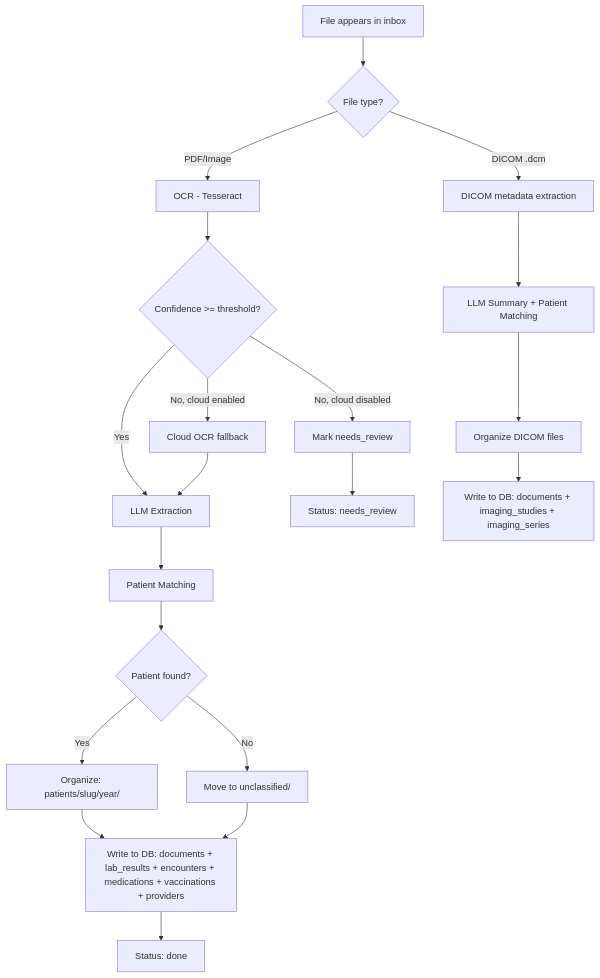
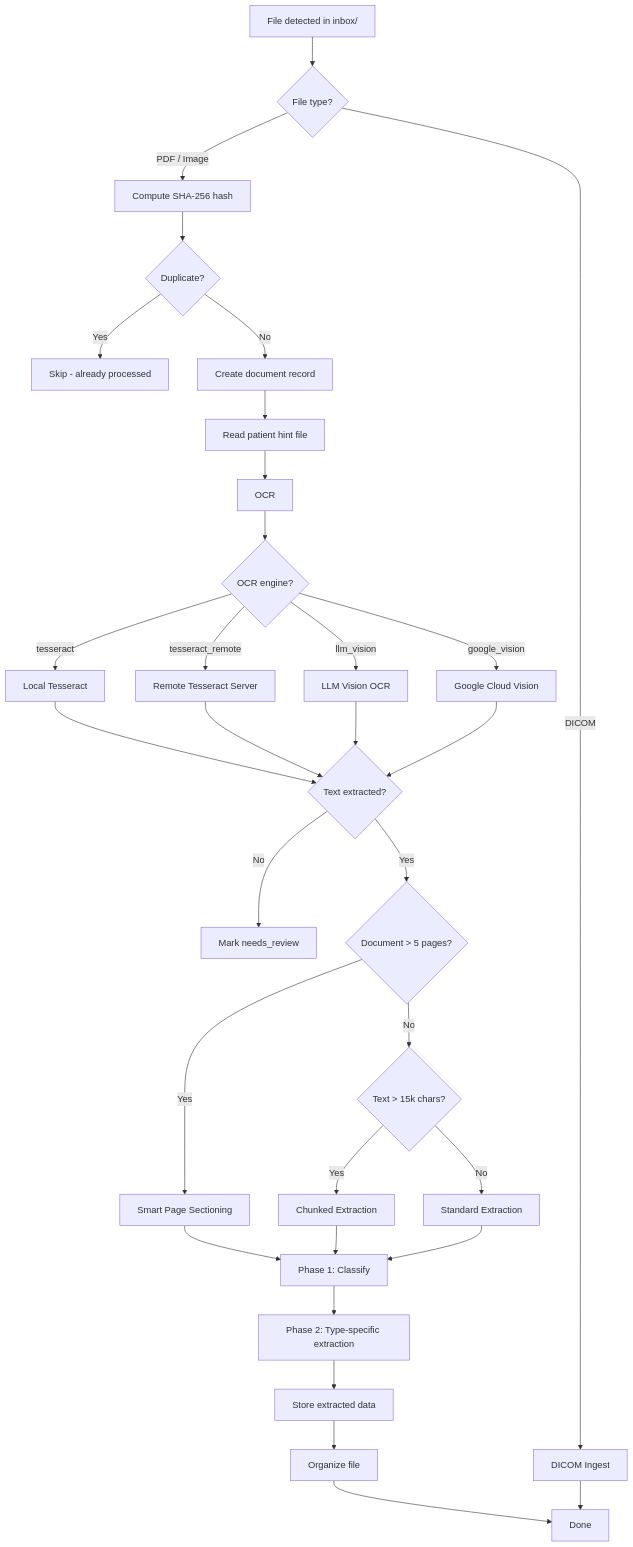
One commit to giovi321/asclepius changed the first of 2 diagrams in docs/docs/architecture/pipeline.md. Above: the diagram before and after it, drawn with Mermaid. The commit also changed other lines of this file and 26 other files, not shown here.

````diff
--- a/docs/docs/architecture/pipeline.md
+++ b/docs/docs/architecture/pipeline.md
@@ -7,26 +7,38 @@
 ```mermaid
 flowchart TD
-    A[File appears in inbox] --> B{File type?}
-    B -->|PDF/Image| C[OCR - Tesseract]
-    B -->|DICOM .dcm| D[DICOM metadata extraction]
+    A[File detected in inbox/] --> B{File type?}
+    B -->|DICOM| C[DICOM Ingest]
+    B -->|PDF / Image| D[Compute SHA-256 hash]
+    D --> E{Duplicate?}
+    E -->|Yes| F[Skip - already processed]
+    E -->|No| G[Create document record]
+    G --> H[Read patient hint file]
+    H --> I[OCR]
 
-    C --> E{Confidence >= threshold?}
-    E -->|Yes| F[LLM Extraction]
-    E -->|No, cloud enabled| G[Cloud OCR fallback]
-    E -->|No, cloud disabled| H[Mark needs_review]
-    G --> F
+    I --> J{OCR engine?}
+    J -->|tesseract| K[Local Tesseract]
+    J -->|tesseract_remote| L[Remote Tesseract Server]
+    J -->|llm_vision| M[LLM Vision OCR]
+    J -->|google_vision| N[Google Cloud Vision]
 
-    D --> I[LLM Summary + Patient Matching]
-    I --> J[Organize DICOM files]
-    J --> K[Write to DB: documents + imaging_studies + imaging_series]
+    K & L & M & N --> O{Text extracted?}
+    O -->|No| P[Mark needs_review]
+    O -->|Yes| Q{Document > 5 pages?}
 
-    F --> L[Patient Matching]
-    L --> M{Patient found?}
-    M -->|Yes| N[Organize: patients/slug/year/]
-    M -->|No| O[Move to unclassified/]
+    Q -->|Yes| R[Smart Page Sectioning]
+    Q -->|No| S{Text > 15k chars?}
 
-    N --> P[Write to DB: documents + lab_results + encounters + medications + vaccinations + providers]
-    O --> P
-    P --> Q[Status: done]
-    H --> R[Status: needs_review]
+    S -->|Yes| T[Chunked Extraction]
+    S -->|No| U[Standard Extraction]
+
+    R --> V[Phase 1: Classify]
+    T --> V
+    U --> V
+
+    V --> W[Phase 2: Type-specific extraction]
+    W --> X[Store extracted data]
+    X --> Y[Organize file]
+    Y --> Z[Done]
+
+    C --> Z
 ```
````
